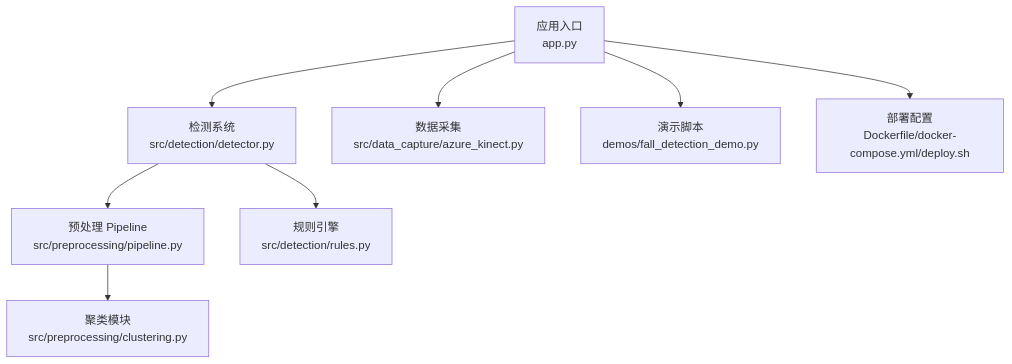
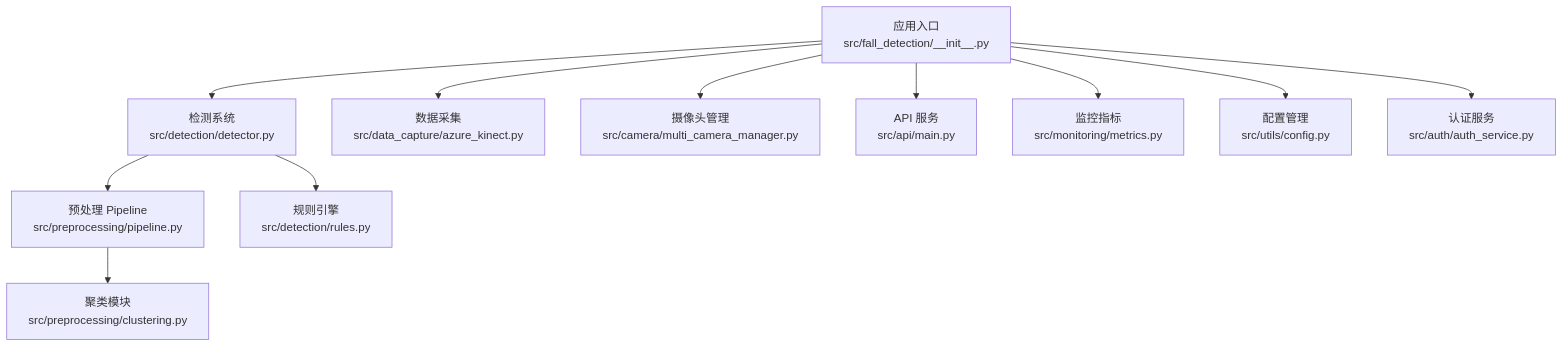
One commit to nanfeng2021/fall-detection-system changed the first of 6 diagrams in .qoder/repowiki/zh/content/开发指南/开发指南.md. Above: the diagram before and after it, drawn with Mermaid. The commit also changed other lines of this file and 16 other files, not shown here.

````diff
--- a/.qoder/repowiki/zh/content/开发指南/开发指南.md
+++ b/.qoder/repowiki/zh/content/开发指南/开发指南.md
@@ -48,10 +70,13 @@
 ```mermaid
 graph TB
-A["应用入口<br/>app.py"] --> B["检测系统<br/>src/detection/detector.py"]
+A["应用入口<br/>src/fall_detection/__init__.py"] --> B["检测系统<br/>src/detection/detector.py"]
 B --> C["预处理 Pipeline<br/>src/preprocessing/pipeline.py"]
 C --> D["聚类模块<br/>src/preprocessing/clustering.py"]
 B --> E["规则引擎<br/>src/detection/rules.py"]
 A --> F["数据采集<br/>src/data_capture/azure_kinect.py"]
-A --> G["演示脚本<br/>demos/fall_detection_demo.py"]
-A --> H["部署配置<br/>Dockerfile/docker-compose.yml/deploy.sh"]
+A --> G["摄像头管理<br/>src/camera/multi_camera_manager.py"]
+A --> H["API 服务<br/>src/api/main.py"]
+A --> I["监控指标<br/>src/monitoring/metrics.py"]
+A --> J["配置管理<br/>src/utils/config.py"]
+A --> K["认证服务<br/>src/auth/auth_service.py"]
 ```
````
